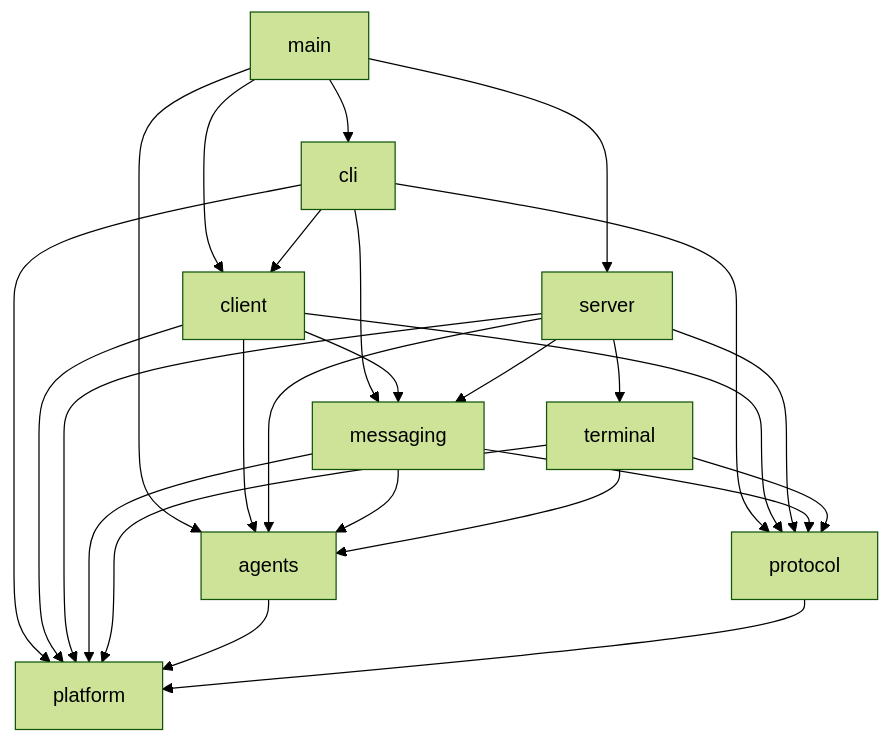
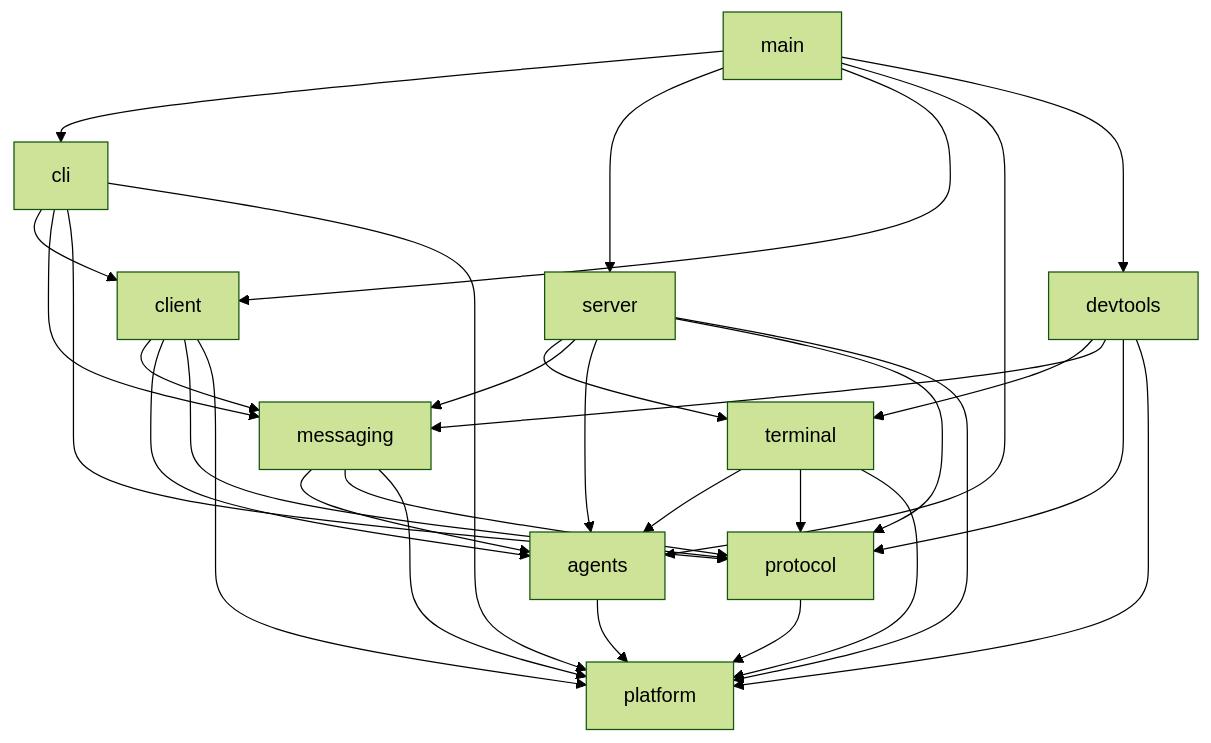
Before and after one commit to asura1234/bus: the first of 4 diagrams in docs/bus-architecture.md, drawn with Mermaid (forest theme). The commit also changed other lines of this file, not shown here.

Commit message:
docs(architecture): add the devtools component and the tui driver

````diff
--- a/docs/bus-architecture.md
+++ b/docs/bus-architecture.md
@@ -279,11 +285,12 @@
 ```mermaid
 flowchart TD
-  main --> cli & server & client & agents
+  main --> cli & server & client & agents & devtools
   cli --> client & messaging & protocol & platform
+  devtools --> terminal & messaging & protocol & platform
   client --> messaging & agents & protocol & platform
   server --> terminal & messaging & agents & protocol & platform
   messaging --> agents & protocol & platform
   terminal --> agents & protocol & platform
   agents --> platform
   protocol --> platform
 ```
````
